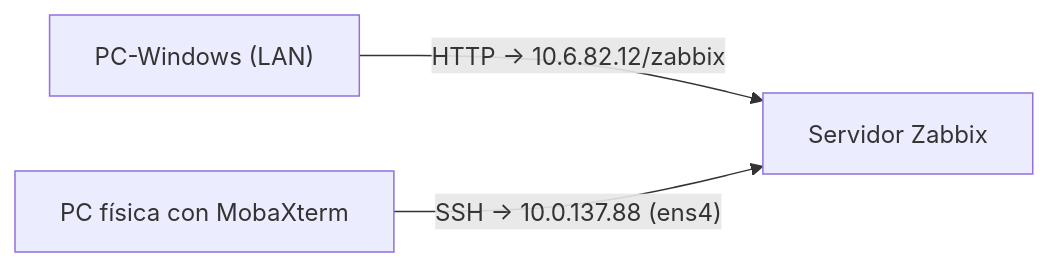
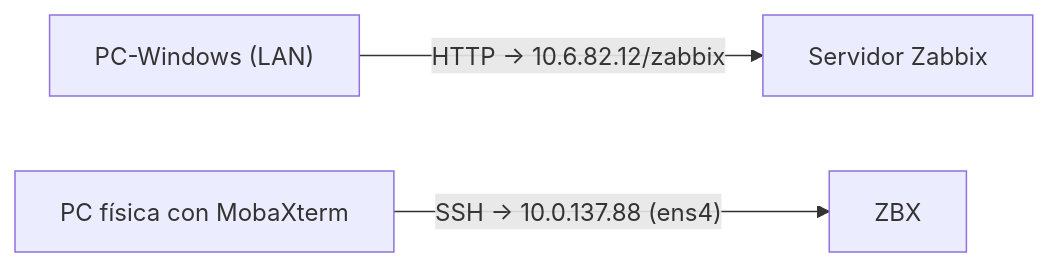
Before and after one commit to MRMLD/Practica-de-Redes-Zabbix-: the third of 3 diagrams in README.md, drawn with Mermaid. The commit also changed other lines of this file, not shown here.

````diff
--- a/README.md
+++ b/README.md
@@ -91,5 +113,5 @@
 ```mermaid
 graph LR
-    PC["PC-Windows (LAN)"] -- "HTTP → 10.6.82.12/zabbix" --> ZBX["Servidor Zabbix"]
-    HOST["PC física con MobaXterm"] -- "SSH → 10.0.137.88 (ens4)" --> ZBX
+    PC\["PC-Windows (LAN)"] -- "HTTP → 10.6.82.12/zabbix" --> ZBX\["Servidor Zabbix"]
+    HOST\["PC física con MobaXterm"] -- "SSH → 10.0.137.88 (ens4)" --> ZBX
 ```
````
